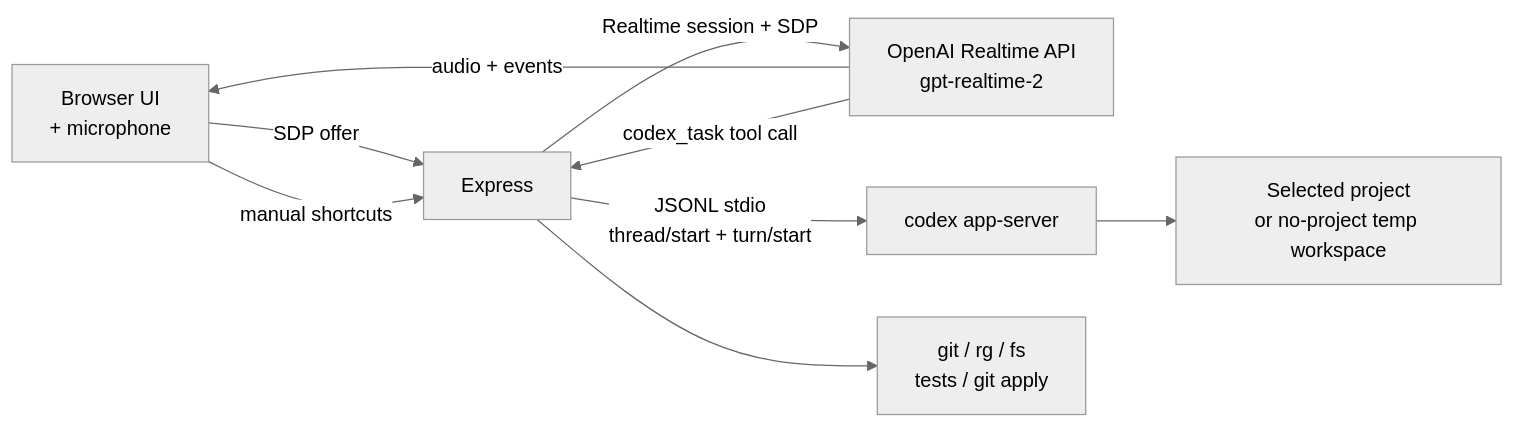
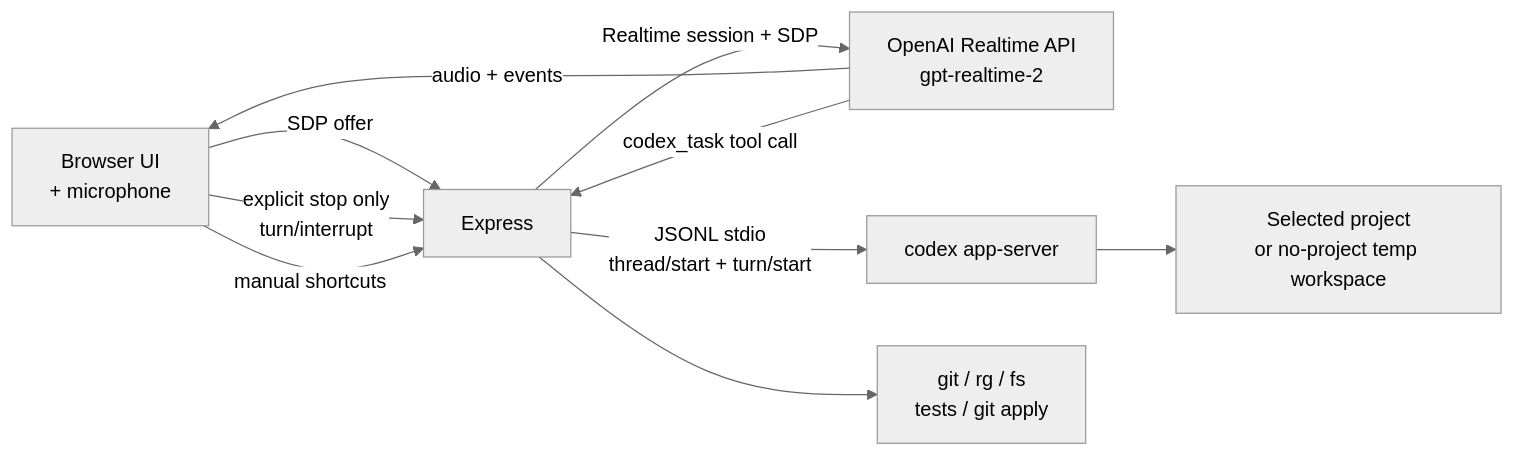
The diagram in README.md (ethannjw/voice-assistant), drawn with Mermaid (neutral theme) before and after one commit. The commit also changed other lines of this file, not shown here.

````diff
--- a/README.md
+++ b/README.md
@@ -355,11 +358,12 @@
 ```mermaid
 flowchart LR
   Browser["Browser UI<br/>+ microphone"] -->|SDP offer| Server["Express"]
   Server -->|Realtime session + SDP| Realtime["OpenAI Realtime API<br/>gpt-realtime-2"]
   Realtime -->|audio + events| Browser
   Realtime -->|codex_task tool call| Server
   Server -->|JSONL stdio<br/>thread/start + turn/start| Codex["codex app-server"]
+  Browser -->|explicit stop only<br/>turn/interrupt| Server
   Codex --> Workspace["Selected project<br/>or no-project temp workspace"]
   Browser -->|manual shortcuts| Server
   Server --> Tools["git / rg / fs<br/>tests / git apply"]
 ```
````
